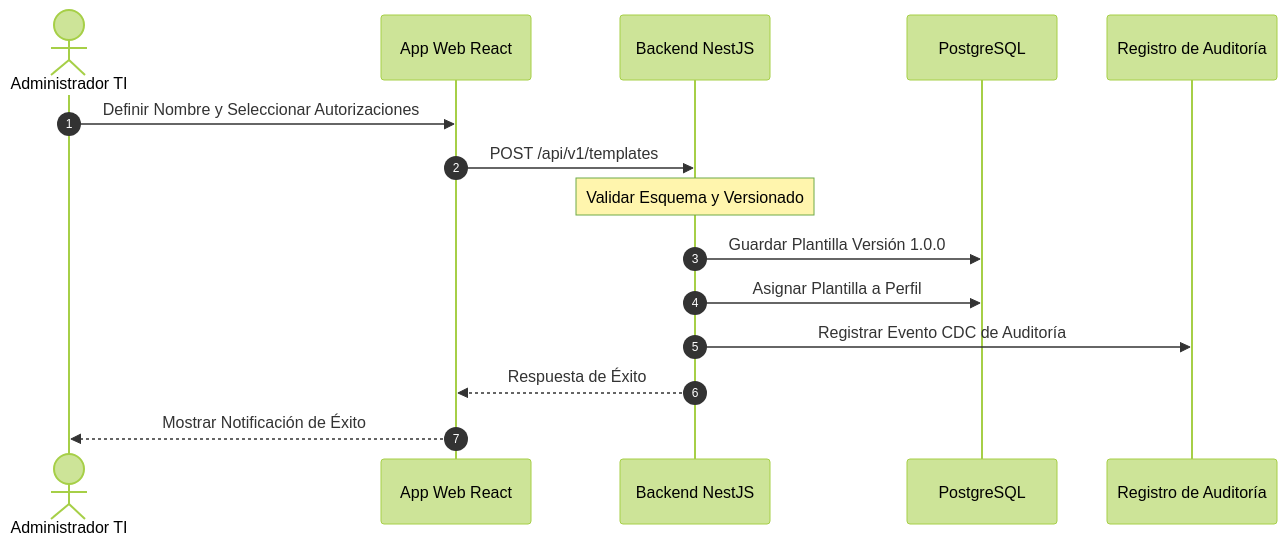
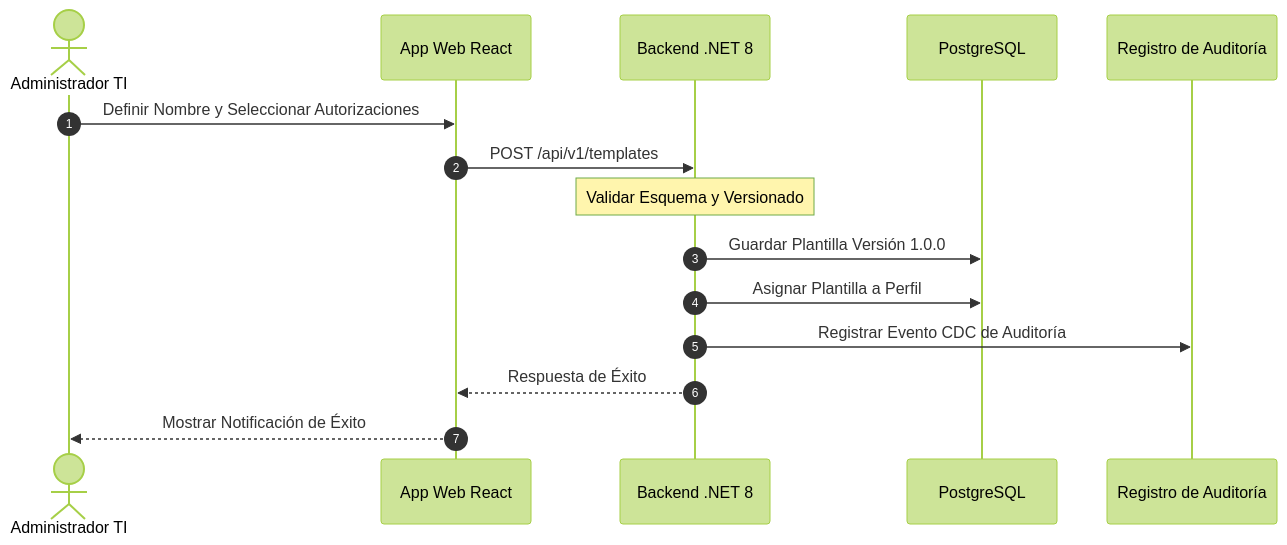
Before and after one commit to beyondnetcode/ums: the diagram in src/ums-workspace/docs/es/01-requirements/usecases/uc-03-create-authorization-template.md, drawn with Mermaid (forest theme). The commit also changed 27 other files, not shown here.

````diff
--- a/src/ums-workspace/docs/es/01-requirements/usecases/uc-03-create-authorization-template.md
+++ b/src/ums-workspace/docs/es/01-requirements/usecases/uc-03-create-authorization-template.md
@@ -20,18 +20,18 @@
 ```mermaid
 sequenceDiagram
     autonumber
     actor Admin as Administrador TI
     participant Web as App Web React
-    participant API as Backend NestJS
+    participant API as Backend .NET 8
     participant DB as PostgreSQL
     participant Audit as Registro de Auditoría
 
     Admin->>Web: Definir Nombre y Seleccionar Autorizaciones
     Web->>API: POST /api/v1/templates
     Note over API: Validar Esquema y Versionado
     API->>DB: Guardar Plantilla Versión 1.0.0
     API->>DB: Asignar Plantilla a Perfil
     API->>Audit: Registrar Evento CDC de Auditoría
     API-->>Web: Respuesta de Éxito
     Web-->>Admin: Mostrar Notificación de Éxito
 ```
````
